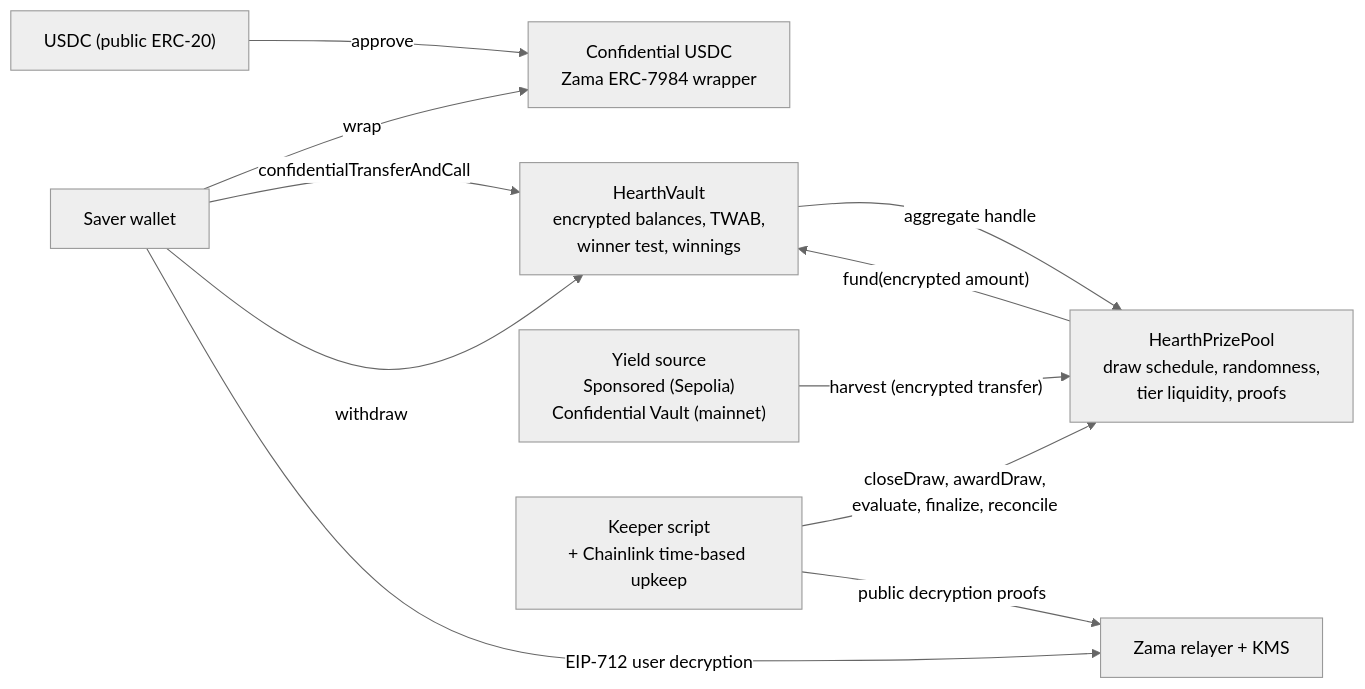
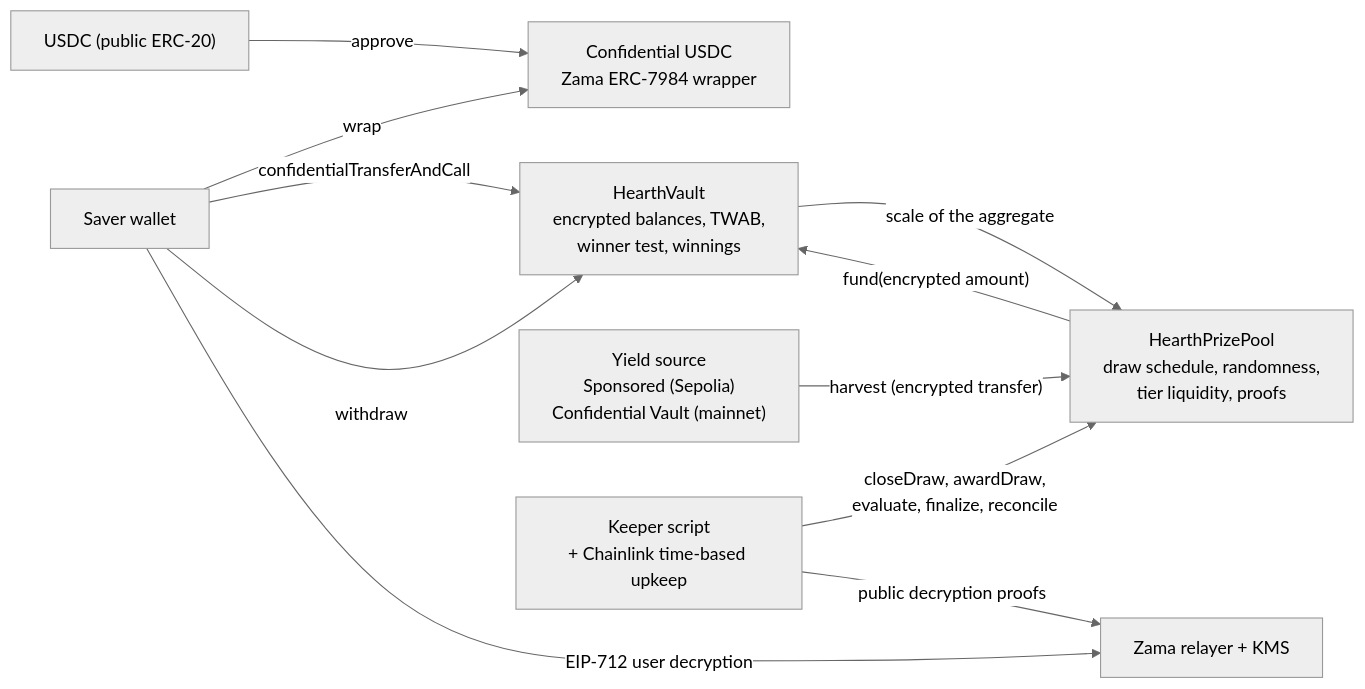
The diagram in docs/getting-started/what-is-hearth.md (ramakrishnanhulk20/hearth), drawn with Mermaid (neutral theme) before and after one commit. The commit also changed other lines of this file and 20 other files, not shown here.

````diff
--- a/docs/getting-started/what-is-hearth.md
+++ b/docs/getting-started/what-is-hearth.md
@@ -21,22 +21,22 @@
 ```mermaid
 flowchart LR
     Saver["Saver wallet"]
     USDC["USDC (public ERC-20)"]
     cUSDC["Confidential USDC<br/>Zama ERC-7984 wrapper"]
     Vault["HearthVault<br/>encrypted balances, TWAB,<br/>winner test, winnings"]
     Pool["HearthPrizePool<br/>draw schedule, randomness,<br/>tier liquidity, proofs"]
     Yield["Yield source<br/>Sponsored (Sepolia)<br/>Confidential Vault (mainnet)"]
     Keeper["Keeper script<br/>+ Chainlink time-based upkeep"]
     Relayer["Zama relayer + KMS"]
 
     Saver -- "wrap" --> cUSDC
     USDC -- "approve" --> cUSDC
     Saver -- "confidentialTransferAndCall" --> Vault
     Saver -- "withdraw" --> Vault
-    Vault -- "aggregate handle" --> Pool
+    Vault -- "scale of the aggregate" --> Pool
     Pool -- "fund(encrypted amount)" --> Vault
     Yield -- "harvest (encrypted transfer)" --> Pool
     Keeper -- "closeDraw, awardDraw,<br/>evaluate, finalize, reconcile" --> Pool
     Keeper -- "public decryption proofs" --> Relayer
     Saver -- "EIP-712 user decryption" --> Relayer
 ```
````
